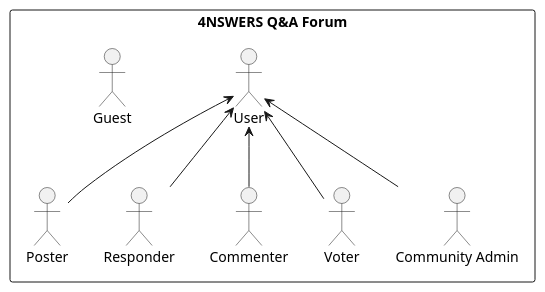
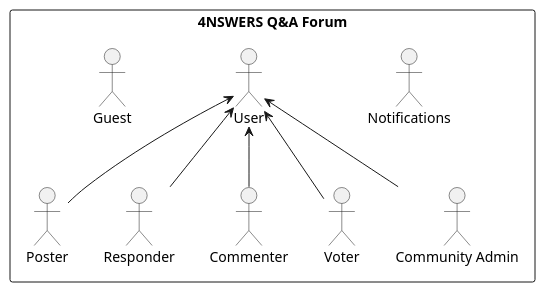
One commit to rodeso/lbaw.4nswers changed the diagram in wiki/docs/ER/UML/actors.puml. Above: the diagram before and after it, drawn with PlantUML. The commit also changed 1 other file, not shown here.

```diff
--- a/wiki/docs/ER/UML/actors.puml
+++ b/wiki/docs/ER/UML/actors.puml
@@ -1,22 +1,24 @@
 @startuml
 top to bottom direction
 
 rectangle "4NSWERS Q&A Forum" {
 
+  actor Notifications
   actor User
   actor Guest
   actor Poster as PosterUser
   actor Responder as ResponderUser
   actor Commenter as CommentUser
   actor Voter as VoterUser
   actor "Community Admin" as AdminUser
+ 
 
   User <-- PosterUser
   User <-- ResponderUser
   User <-- CommentUser
   User <-- VoterUser
   User <-- AdminUser
 
 }
 
 @enduml
```
